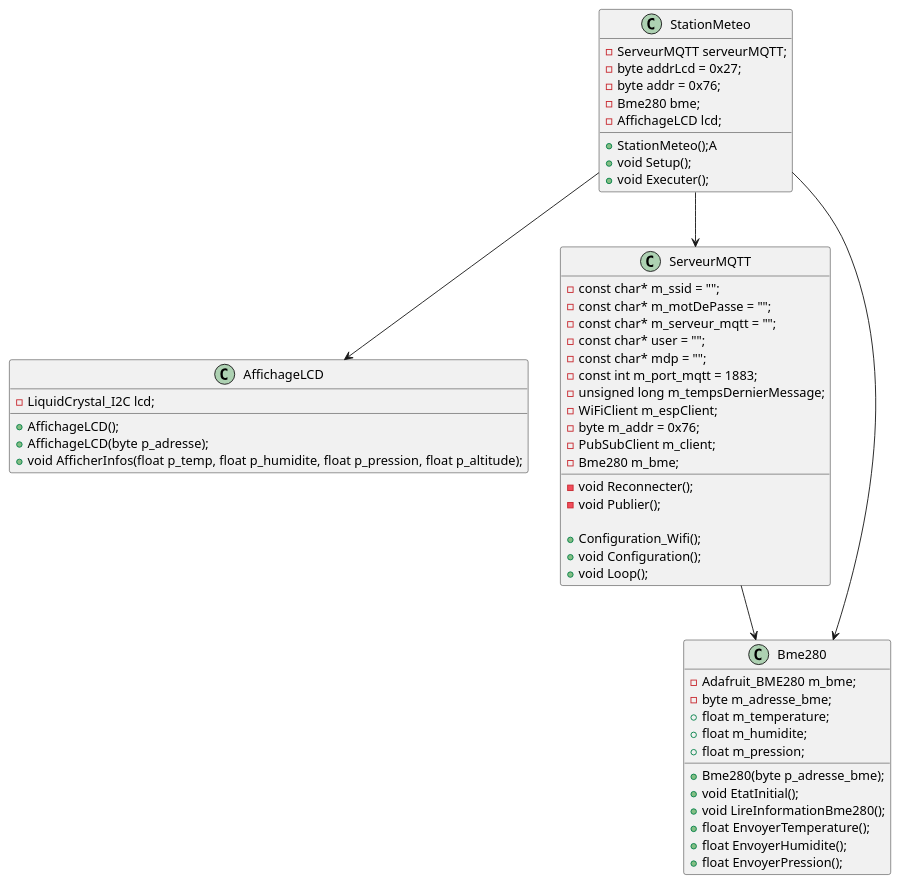
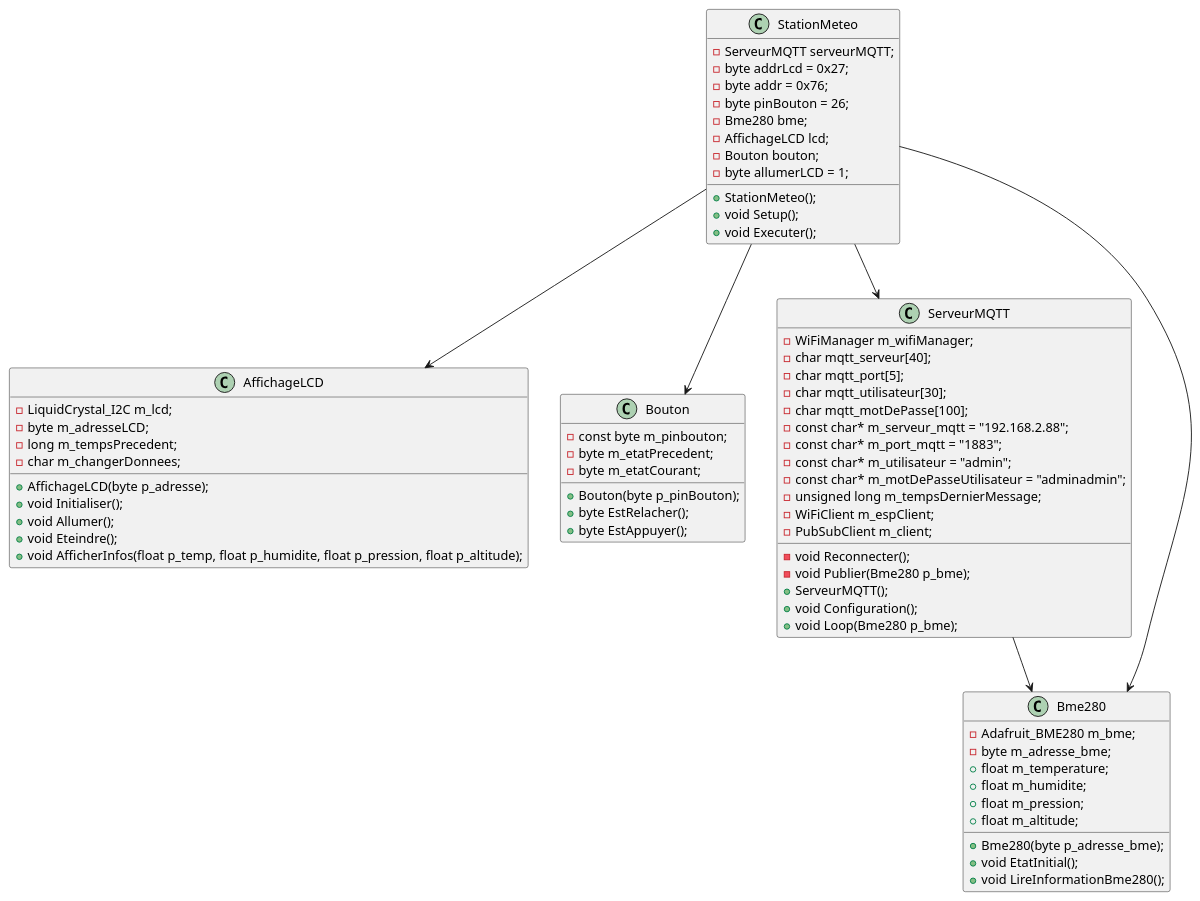
One commit to Keven44977/Station-Meteo-TP3 changed the diagram in DiagrammeDeClasse/DiagrammeStationMeteo.wsd. Above: the diagram before and after it, drawn with PlantUML. The commit also changed 4 other files, not shown here.

Commit message:
Diagramme de classe retoucher et ajout du fichier schema technique

```diff
--- a/DiagrammeDeClasse/DiagrammeStationMeteo.wsd
+++ b/DiagrammeDeClasse/DiagrammeStationMeteo.wsd
@@ -1,62 +1,80 @@
 @startuml StationMeteo
 
 class StationMeteo {
     - ServeurMQTT serveurMQTT;
     - byte addrLcd = 0x27;
     - byte addr = 0x76;
+    - byte pinBouton = 26;
     - Bme280 bme;
     - AffichageLCD lcd;
+    - Bouton bouton;
+    - byte allumerLCD = 1;
 
-    + StationMeteo();A
+    + StationMeteo();
     + void Setup();
     + void Executer();
 }
 
 class Bme280 {
     - Adafruit_BME280 m_bme;
     - byte m_adresse_bme;
     + float m_temperature;
     + float m_humidite;
     + float m_pression;
+    + float m_altitude;
 
     + Bme280(byte p_adresse_bme);
     + void EtatInitial();
     + void LireInformationBme280();
-    + float EnvoyerTemperature();
-    + float EnvoyerHumidite();
-    + float EnvoyerPression();
 }
 
 class AffichageLCD {
-    - LiquidCrystal_I2C lcd;
+    - LiquidCrystal_I2C m_lcd;
+    - byte m_adresseLCD;
+    - long m_tempsPrecedent;
+    - char m_changerDonnees;
 
-    + AffichageLCD();
     + AffichageLCD(byte p_adresse);
+    + void Initialiser();
+    + void Allumer();
+    + void Eteindre();
     + void AfficherInfos(float p_temp, float p_humidite, float p_pression, float p_altitude);
 }
 
+class Bouton {
+    - const byte m_pinbouton;
+    - byte m_etatPrecedent;
+    - byte m_etatCourant;
+
+    + Bouton(byte p_pinBouton);
+    + byte EstRelacher();
+    + byte EstAppuyer();
+}
+
 class ServeurMQTT {
-    - const char* m_ssid = "";
-	- const char* m_motDePasse = "";
-	- const char* m_serveur_mqtt = "";
-    - const char* user = "";
-    - const char* mdp = "";
-    - const int m_port_mqtt = 1883;
+    - WiFiManager m_wifiManager;
+    - char mqtt_serveur[40];
+    - char mqtt_port[5];
+    - char mqtt_utilisateur[30];
+    - char mqtt_motDePasse[100];
+    - const char* m_serveur_mqtt = "192.168.2.88";
+    - const char* m_port_mqtt = "1883";
+    - const char* m_utilisateur = "admin";
+    - const char* m_motDePasseUtilisateur = "adminadmin";
     - unsigned long m_tempsDernierMessage;
     - WiFiClient m_espClient;
-    - byte m_addr = 0x76;
     - PubSubClient m_client;
-    - Bme280 m_bme;
+
     - void Reconnecter();
-    - void Publier();
-
-    + Configuration_Wifi();
+    - void Publier(Bme280 p_bme);
+    + ServeurMQTT();
     + void Configuration();
-    + void Loop();
+    + void Loop(Bme280 p_bme);
 }
 
 ServeurMQTT --> Bme280
 StationMeteo --> ServeurMQTT
 StationMeteo --> AffichageLCD
 Bme280 <-- StationMeteo
+StationMeteo --> Bouton
 @enduml
```
